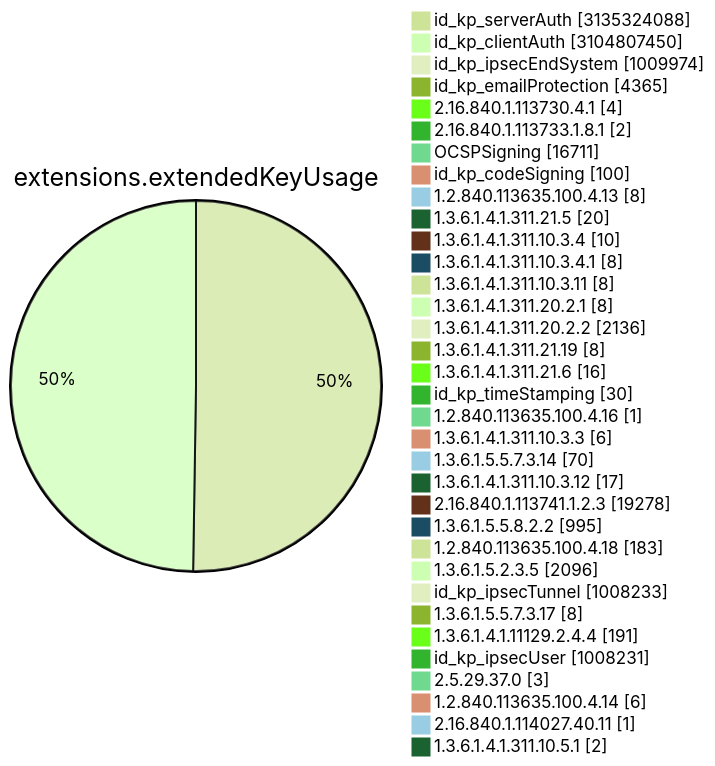
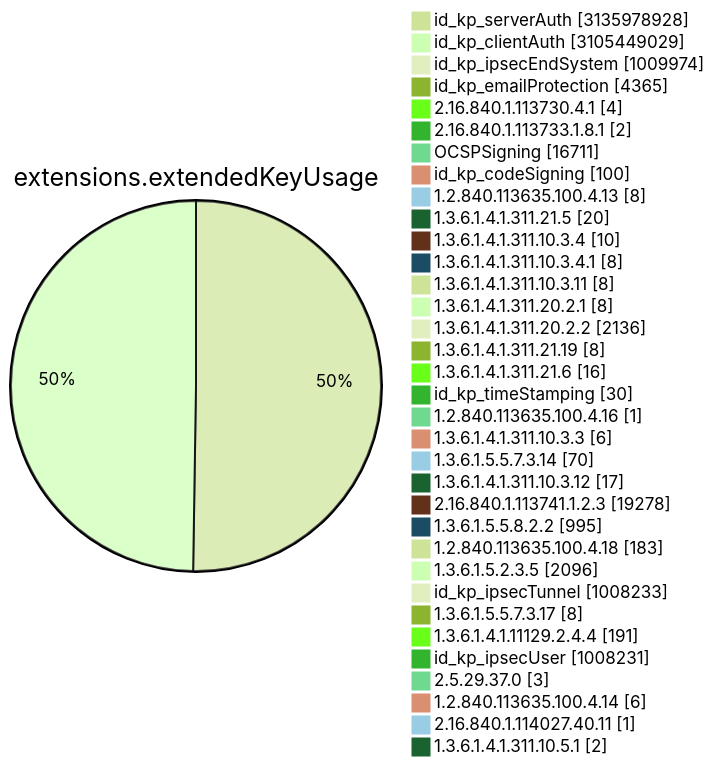
One commit to christiankrug/ctmonitor_visualization changed diagram 11 of 15 in TOTAL/README.md. Above: the diagram before and after it, drawn with Mermaid (forest theme). The commit also changed other lines of this file, not shown here.

````diff
--- a/TOTAL/README.md
+++ b/TOTAL/README.md
@@ -4117,38 +4117,38 @@
 ```mermaid
 pie showData
 title extensions.extendedKeyUsage
-"id_kp_serverAuth" :3135324088
-"id_kp_clientAuth" :3104807450
+"id_kp_serverAuth" :3135978928
+"id_kp_clientAuth" :3105449029
 "id_kp_ipsecEndSystem" :1009974
 "id_kp_emailProtection" :4365
 "2.16.840.1.113730.4.1" :4
 "2.16.840.1.113733.1.8.1" :2
 "OCSPSigning" :16711
 "id_kp_codeSigning" :100
 "1.2.840.113635.100.4.13" :8
 "1.3.6.1.4.1.311.21.5" :20
 "1.3.6.1.4.1.311.10.3.4" :10
 "1.3.6.1.4.1.311.10.3.4.1" :8
 "1.3.6.1.4.1.311.10.3.11" :8
 "1.3.6.1.4.1.311.20.2.1" :8
 "1.3.6.1.4.1.311.20.2.2" :2136
 "1.3.6.1.4.1.311.21.19" :8
 "1.3.6.1.4.1.311.21.6" :16
 "id_kp_timeStamping" :30
 "1.2.840.113635.100.4.16" :1
 "1.3.6.1.4.1.311.10.3.3" :6
 "1.3.6.1.5.5.7.3.14" :70
 "1.3.6.1.4.1.311.10.3.12" :17
 "2.16.840.1.113741.1.2.3" :19278
 "1.3.6.1.5.5.8.2.2" :995
 "1.2.840.113635.100.4.18" :183
 "1.3.6.1.5.2.3.5" :2096
 "id_kp_ipsecTunnel" :1008233
 "1.3.6.1.5.5.7.3.17" :8
 "1.3.6.1.4.1.11129.2.4.4" :191
 "id_kp_ipsecUser" :1008231
 "2.5.29.37.0" :3
 "1.2.840.113635.100.4.14" :6
 "2.16.840.1.114027.40.11" :1
 "1.3.6.1.4.1.311.10.5.1" :2
 ```
````
